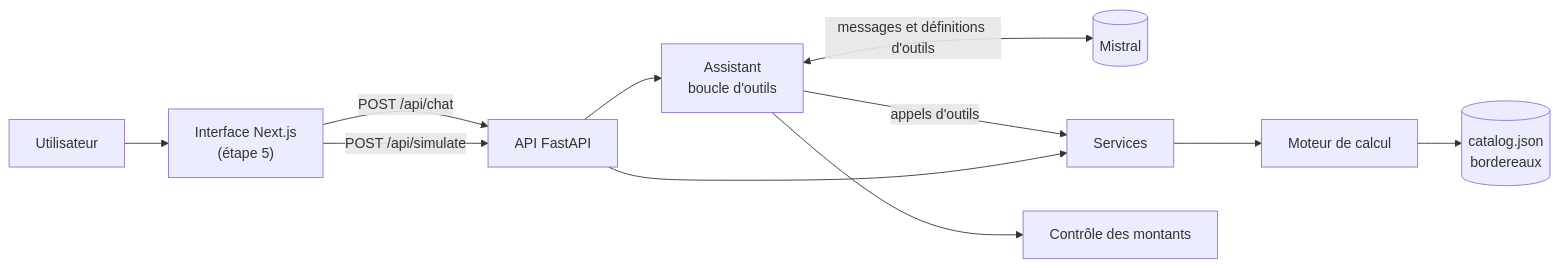
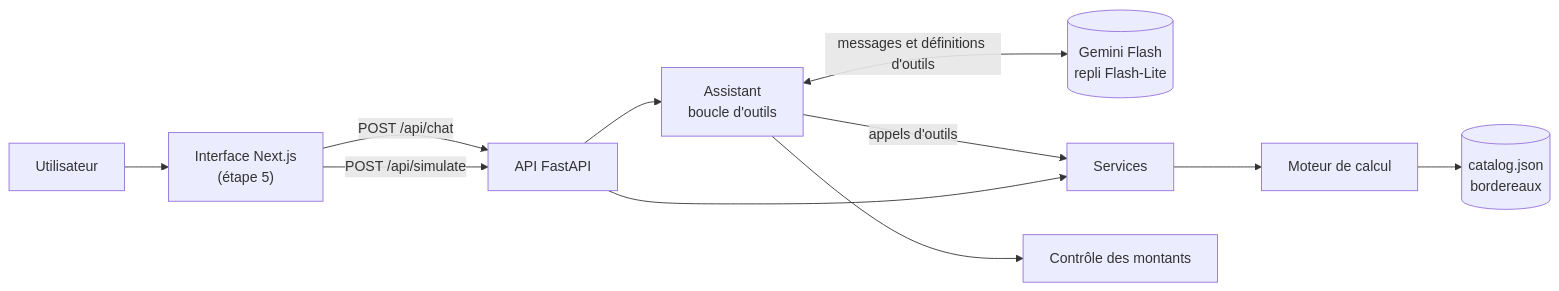
The diagram in docs/ARCHITECTURE.md (Ayreon69/commission-copilot), drawn with Mermaid before and after one commit. The commit also changed other lines of this file and 14 other files, not shown here.

````diff
--- a/docs/ARCHITECTURE.md
+++ b/docs/ARCHITECTURE.md
@@ -5,13 +5,13 @@
 ```mermaid
 flowchart LR
     U[Utilisateur] --> W["Interface Next.js<br/>(étape 5)"]
     W -->|POST /api/chat| API[API FastAPI]
     W -->|POST /api/simulate| API
     API --> AS[Assistant<br/>boucle d'outils]
-    AS <-->|messages et définitions d'outils| LLM[(Mistral)]
+    AS <-->|messages et définitions d'outils| LLM[("Gemini Flash<br/>repli Flash-Lite")]
     AS -->|appels d'outils| SV[Services]
     API --> SV
     SV --> EN[Moteur de calcul]
     EN --> DATA[("catalog.json<br/>bordereaux")]
     AS --> GD[Contrôle des montants]
 ```
````
